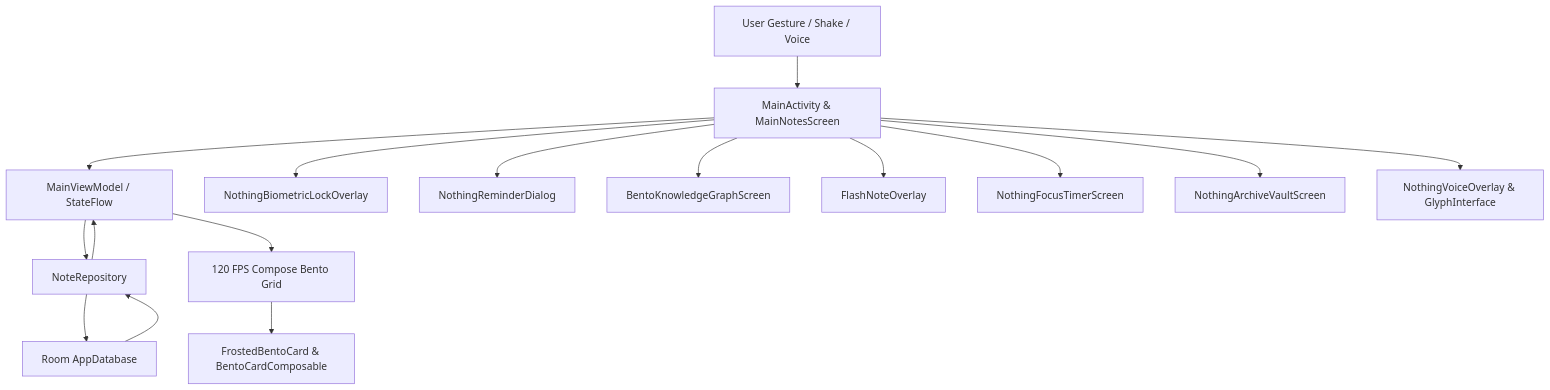
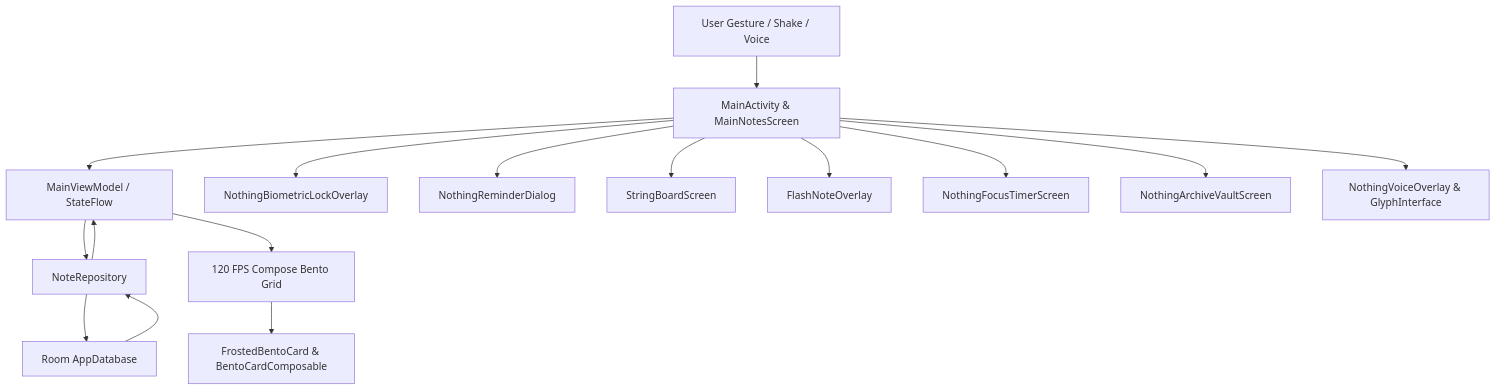
One commit to bloodlustninja/No.memo changed the diagram in README.md. Above: the diagram before and after it, drawn with Mermaid. The commit also changed other lines of this file and 8 other files, not shown here.

Commit message:
feat(board): replace bento graph with tactile Nothing Red string board

````diff
--- a/README.md
+++ b/README.md
@@ -126,18 +126,18 @@
 ```mermaid
 graph TD
     A[User Gesture / Shake / Voice] --> B[MainActivity & MainNotesScreen]
     B --> C[MainViewModel / StateFlow]
     C --> D[NoteRepository]
     D --> E[Room AppDatabase]
     E --> D
     D --> C
     C --> F[120 FPS Compose Bento Grid]
     F --> G[FrostedBentoCard & BentoCardComposable]
     B --> H[NothingBiometricLockOverlay]
     B --> I[NothingReminderDialog]
-    B --> J[BentoKnowledgeGraphScreen]
+    B --> J[StringBoardScreen]
     B --> K[FlashNoteOverlay]
     B --> L[NothingFocusTimerScreen]
     B --> M[NothingArchiveVaultScreen]
     B --> N[NothingVoiceOverlay & GlyphInterface]
 ```
````
